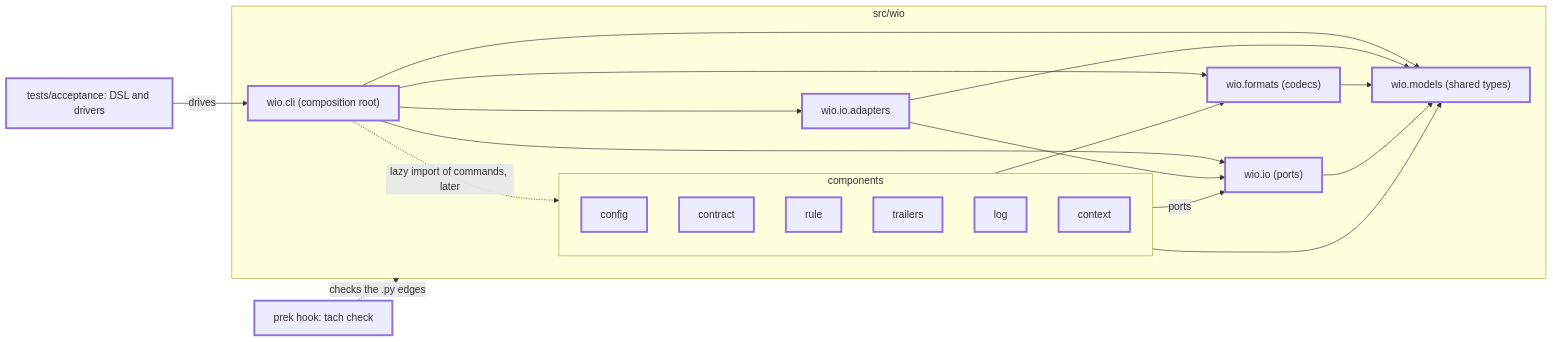
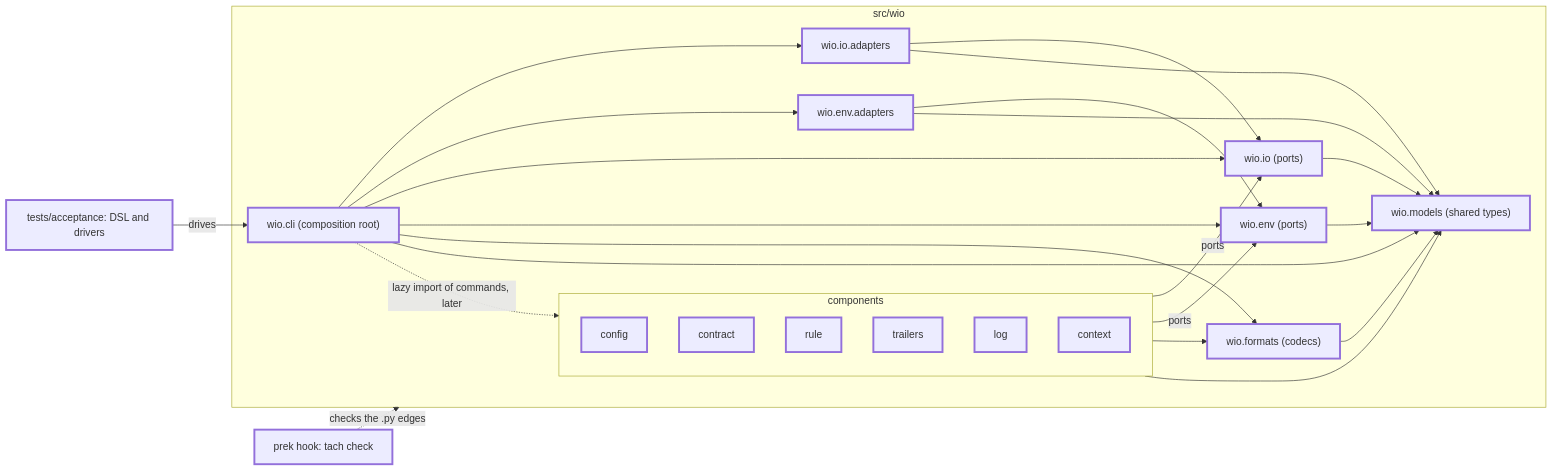
One commit to msitarz/wio changed the second of 2 diagrams in .agents/wio/works/v0-1-foundation/README.md. Above: the diagram before and after it, drawn with Mermaid. The commit also changed other lines of this file and 2 other files, not shown here.

First line of the commit message:
docs: amend the foundation contracts for a wio.env package

````diff
--- a/.agents/wio/works/v0-1-foundation/README.md
+++ b/.agents/wio/works/v0-1-foundation/README.md
@@ -138,33 +141,41 @@
 ```mermaid
 flowchart LR
     subgraph src_wio["src/wio"]
         cli["wio.cli (composition root)"]:::new
         subgraph components
             config:::new
             contract:::new
             rule:::new
             trailers:::new
             log:::new
             context:::new
         end
-        adapters["wio.io.adapters"]:::new
+        ioadapters["wio.io.adapters"]:::new
         io["wio.io (ports)"]:::new
+        envadapters["wio.env.adapters"]:::new
+        env["wio.env (ports)"]:::new
         formats["wio.formats (codecs)"]:::new
         models["wio.models (shared types)"]:::new
         cli -. "lazy import of commands, later" .-> components
-        cli --> adapters
+        cli --> ioadapters
+        cli --> envadapters
         cli --> io
+        cli --> env
         cli --> formats
         cli --> models
-        adapters --> io
-        adapters --> models
+        ioadapters --> io
+        ioadapters --> models
+        envadapters --> env
+        envadapters --> models
         components -- "ports" --> io
+        components -- "ports" --> env
         components --> formats
         components --> models
         formats --> models
         io --> models
+        env --> models
     end
     hook["prek hook: tach check"]:::new -. "checks the .py edges" .-> src_wio
     acc["tests/acceptance: DSL and drivers"]:::new -- "drives" --> cli
     classDef new stroke-width: 3px
 ```
````
